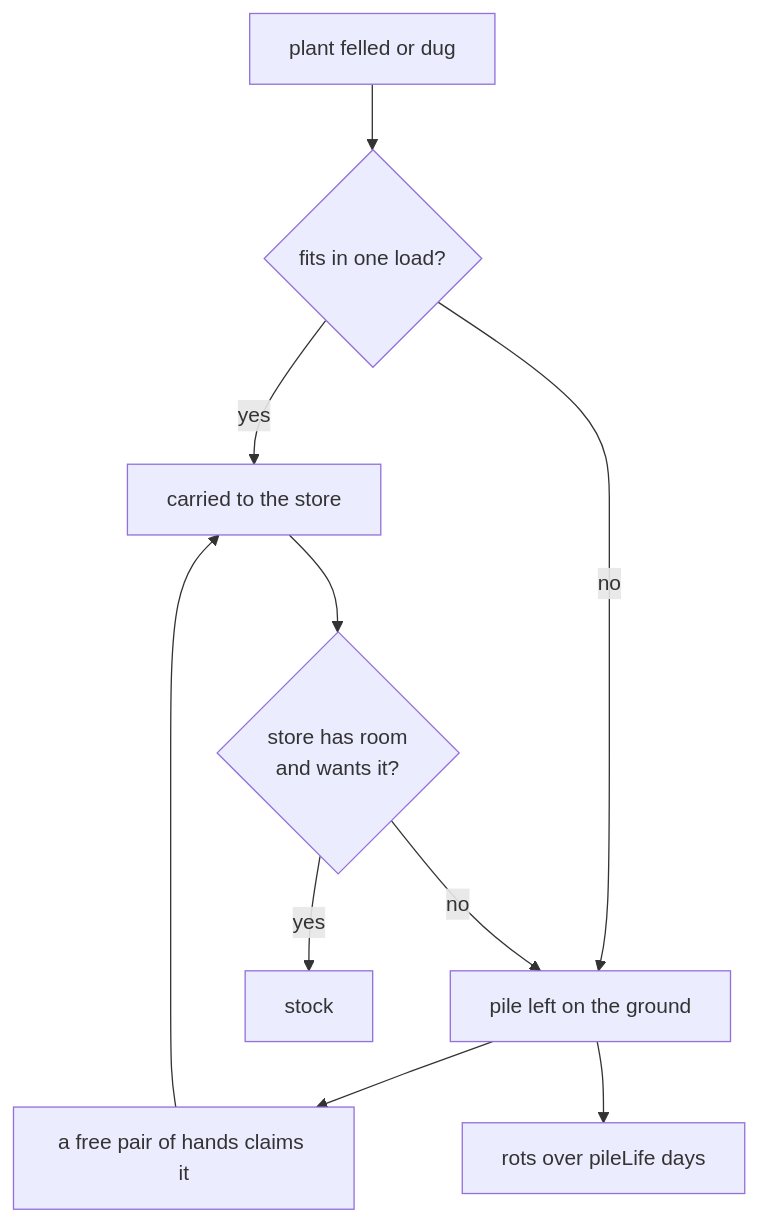
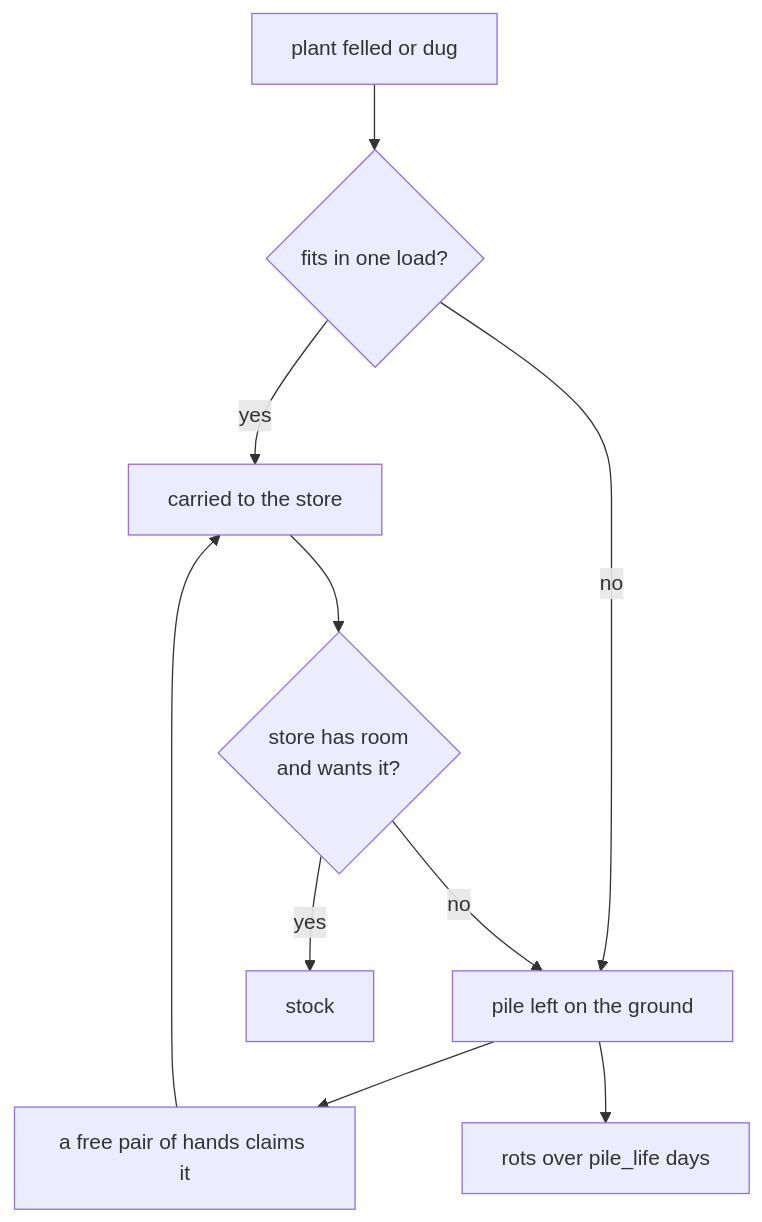
Diagram 25 of 29 in ARCHITECTURE.md (tmpk13/grow), drawn with Mermaid before and after one commit. The commit also changed other lines of this file and 55 other files, not shown here.

````diff
--- a/ARCHITECTURE.md
+++ b/ARCHITECTURE.md
@@ -399,12 +865,12 @@
 ```mermaid
 flowchart TD
   cut["plant felled or dug"] --> split{"fits in one load?"}
   split -->|yes| carry["carried to the store"]
   split -->|no| pile["pile left on the ground"]
   pile --> claim["a free pair of hands claims it"]
   claim --> carry
-  pile --> rot["rots over pileLife days"]
+  pile --> rot["rots over pile_life days"]
   carry --> full{"store has room<br/>and wants it?"}
   full -->|yes| stock["stock"]
   full -->|no| pile
 ```
````
